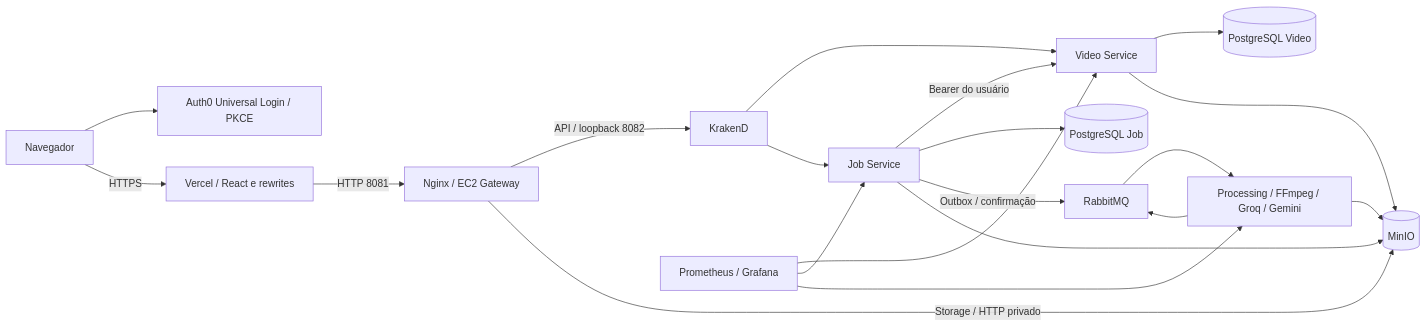
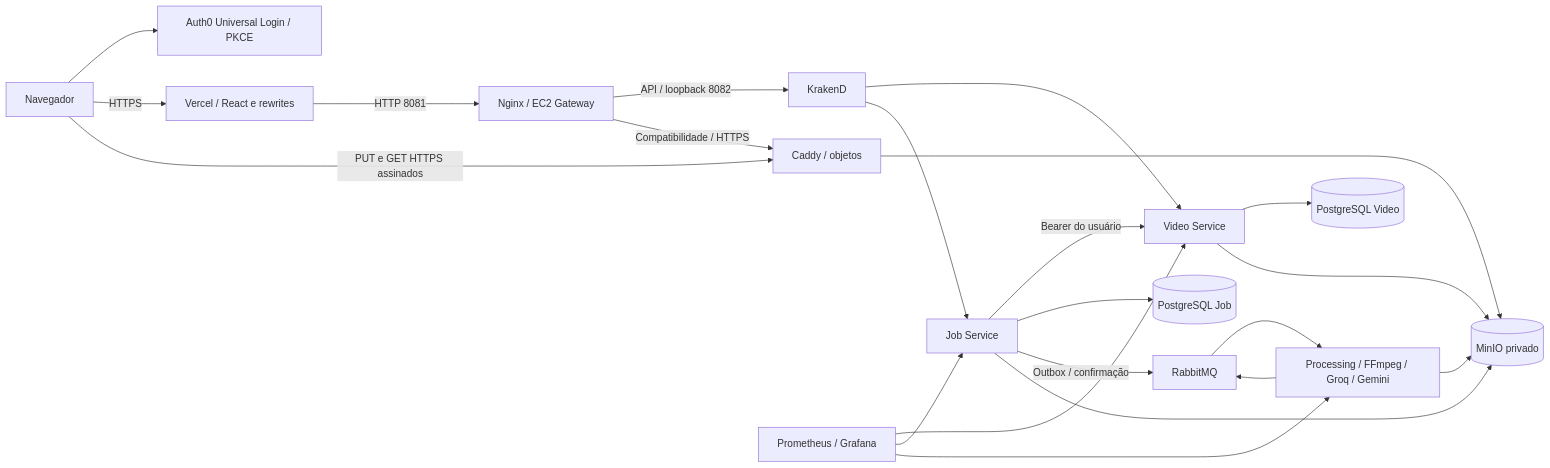
One commit to djairofilho/video-insight changed the diagram in docs/autenticacao-e-deploy.md. Above: the diagram before and after it, drawn with Mermaid. The commit also changed other lines of this file and 8 other files, not shown here.

````diff
--- a/docs/autenticacao-e-deploy.md
+++ b/docs/autenticacao-e-deploy.md
@@ -9,22 +10,24 @@
 ```mermaid
 flowchart LR
   U[Navegador] --> A[Auth0 Universal Login / PKCE]
   U -->|HTTPS| E[Vercel / React e rewrites]
   E -->|HTTP 8081| N[Nginx / EC2 Gateway]
   N -->|API / loopback 8082| G[KrakenD]
   G --> V[Video Service]
   G --> J[Job Service]
   J -->|Bearer do usuário| V
   V --> VD[(PostgreSQL Video)]
   J --> JD[(PostgreSQL Job)]
   J -->|Outbox / confirmação| Q[RabbitMQ]
   Q --> P[Processing / FFmpeg / Groq / Gemini]
   P --> Q
-  N -->|Storage / HTTP privado| S[(MinIO)]
+  U -->|PUT e GET HTTPS assinados| C[Caddy / objetos]
+  N -->|Compatibilidade / HTTPS| C
+  C --> S[(MinIO privado)]
   V --> S
   J --> S
   P --> S
   M[Prometheus / Grafana] --> V
   M --> J
   M --> P
 ```
````
